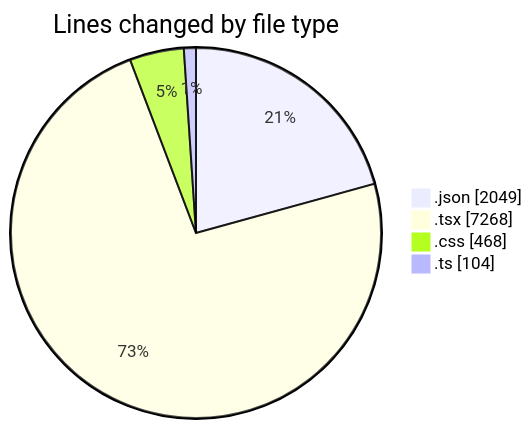
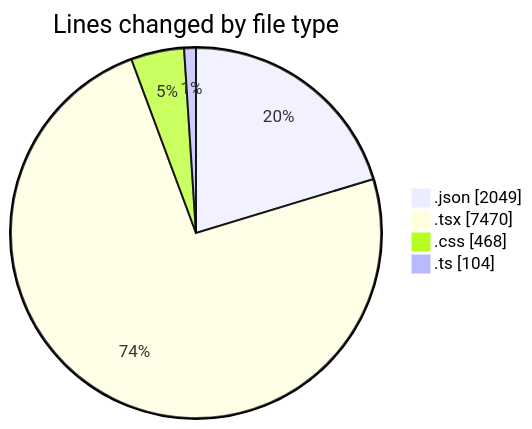
The first of 2 diagrams in 2025-08-14/ribbon/README.md (EIIisD/code-tracking), drawn with Mermaid before and after one commit. The commit also changed other lines of this file and 1 other file, not shown here.

````diff
--- a/2025-08-14/ribbon/README.md
+++ b/2025-08-14/ribbon/README.md
@@ -29,8 +30,8 @@
 ```mermaid
 pie showData
 title Lines changed by file type
 ".json" : 2049
-".tsx" : 7268
+".tsx" : 7470
 ".css" : 468
 ".ts" : 104
 ```
````
